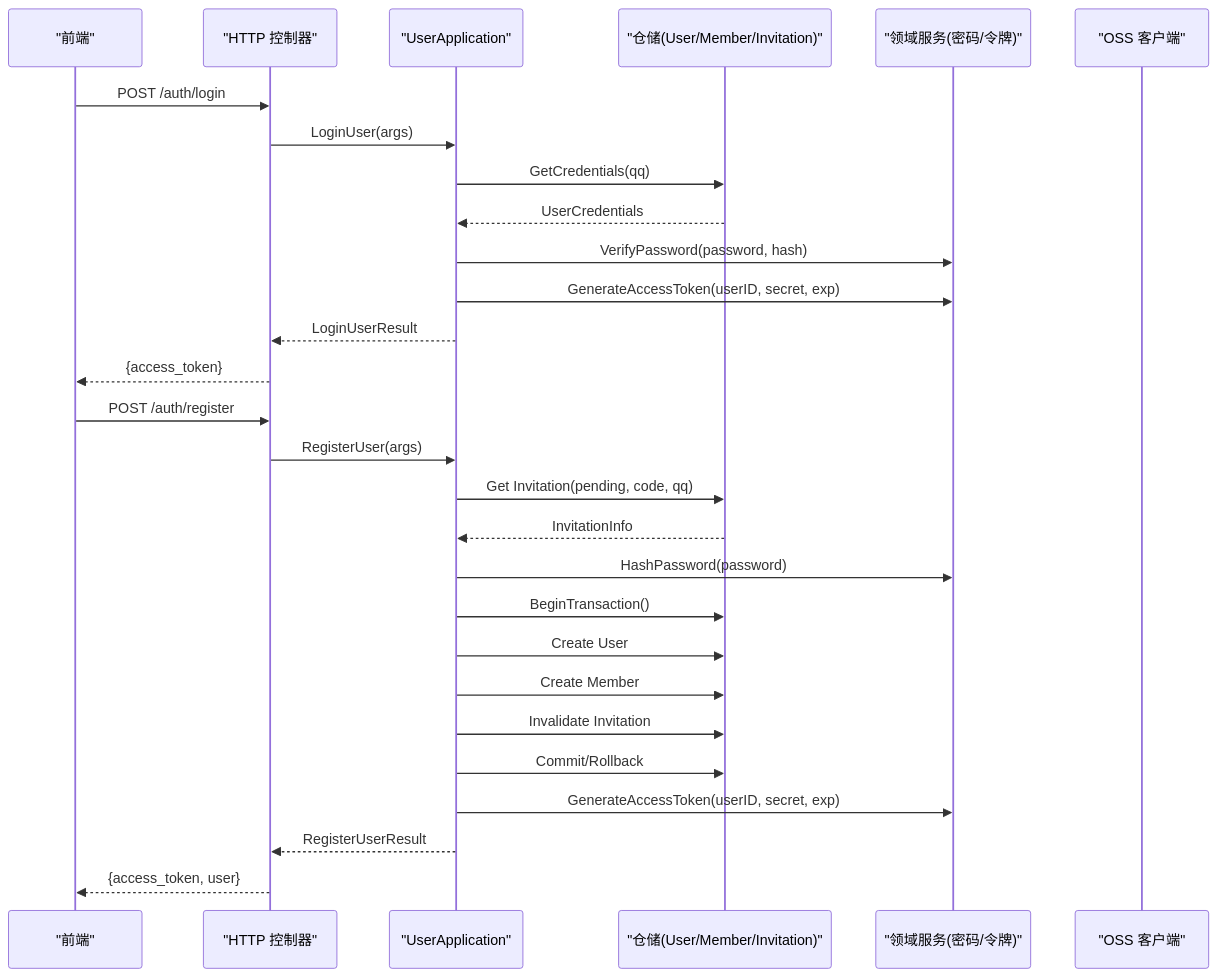
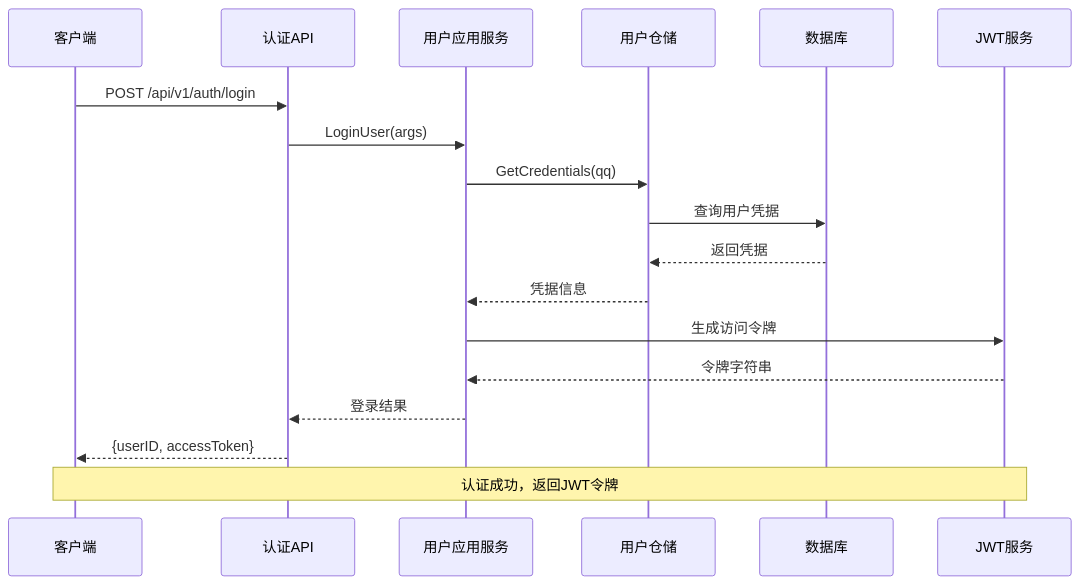
One commit to ATOMLubover/poprako changed the fifth of 9 diagrams in .qoder/repowiki/zh/content/项目概述.md. Above: the diagram before and after it, drawn with Mermaid. The commit also changed other lines of this file and 132 other files, not shown here.

````diff
--- a/.qoder/repowiki/zh/content/项目概述.md
+++ b/.qoder/repowiki/zh/content/项目概述.md
@@ -197,30 +283,20 @@
 ```mermaid
 sequenceDiagram
-participant FE as "前端"
-participant HTTP as "HTTP 控制器"
-participant App as "UserApplication"
-participant Repo as "仓储(User/Member/Invitation)"
-participant Svc as "领域服务(密码/令牌)"
-participant OSS as "OSS 客户端"
-FE->>HTTP : POST /auth/login
-HTTP->>App : LoginUser(args)
-App->>Repo : GetCredentials(qq)
-Repo-->>App : UserCredentials
-App->>Svc : VerifyPassword(password, hash)
-App->>Svc : GenerateAccessToken(userID, secret, exp)
-App-->>HTTP : LoginUserResult
-HTTP-->>FE : {access_token}
-FE->>HTTP : POST /auth/register
-HTTP->>App : RegisterUser(args)
-App->>Repo : Get Invitation(pending, code, qq)
-Repo-->>App : InvitationInfo
-App->>Svc : HashPassword(password)
-App->>Repo : BeginTransaction()
-App->>Repo : Create User
-App->>Repo : Create Member
-App->>Repo : Invalidate Invitation
-App->>Repo : Commit/Rollback
-App->>Svc : GenerateAccessToken(userID, secret, exp)
-App-->>HTTP : RegisterUserResult
-HTTP-->>FE : {access_token, user}
+participant Client as 客户端
+participant AuthAPI as 认证API
+participant UserApp as 用户应用服务
+participant UserRepo as 用户仓储
+participant DB as 数据库
+participant JWT as JWT服务
+Client->>AuthAPI : POST /api/v1/auth/login
+AuthAPI->>UserApp : LoginUser(args)
+UserApp->>UserRepo : GetCredentials(qq)
+UserRepo->>DB : 查询用户凭据
+DB-->>UserRepo : 返回凭据
+UserRepo-->>UserApp : 凭据信息
+UserApp->>JWT : 生成访问令牌
+JWT-->>UserApp : 令牌字符串
+UserApp-->>AuthAPI : 登录结果
+AuthAPI-->>Client : {userID, accessToken}
+Note over Client,JWT : 认证成功，返回JWT令牌
 ```
````
